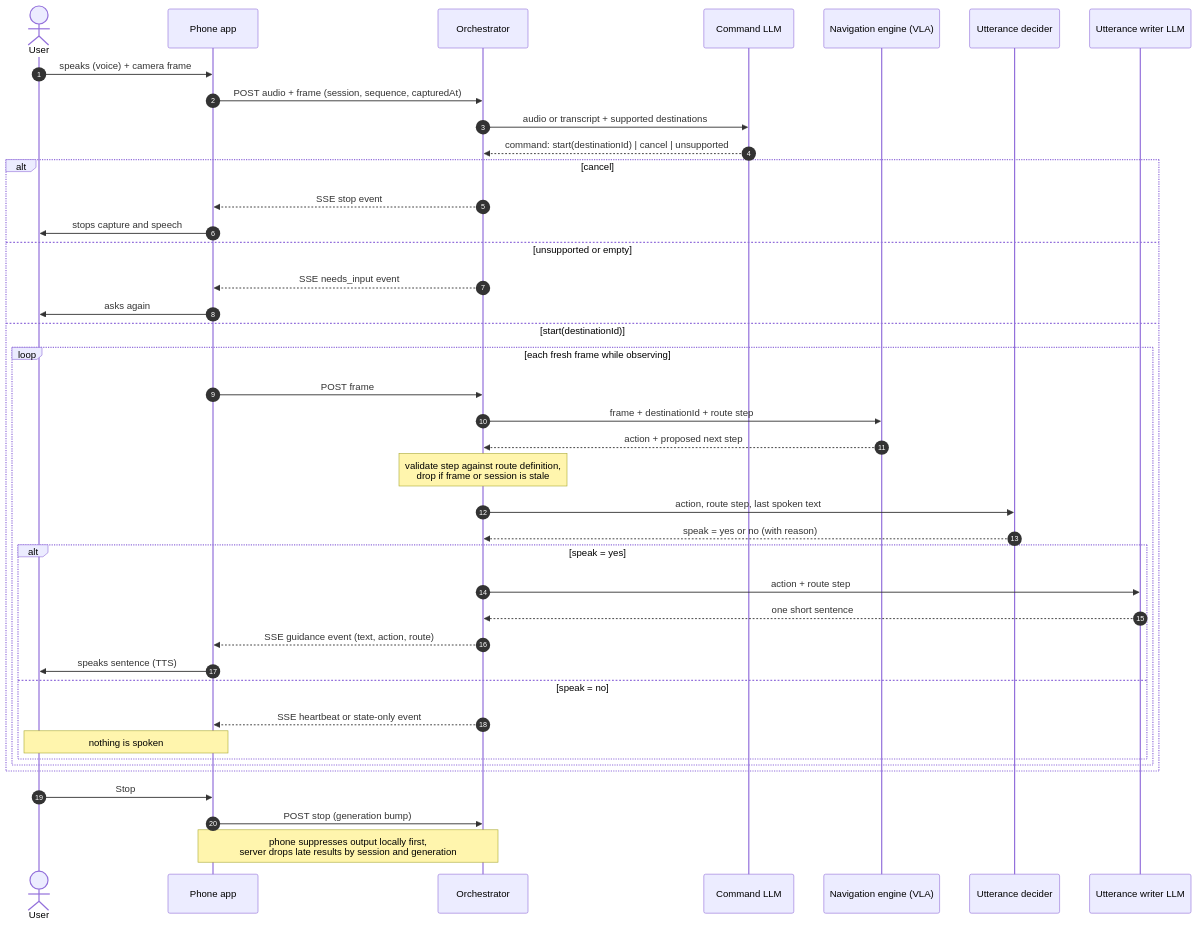
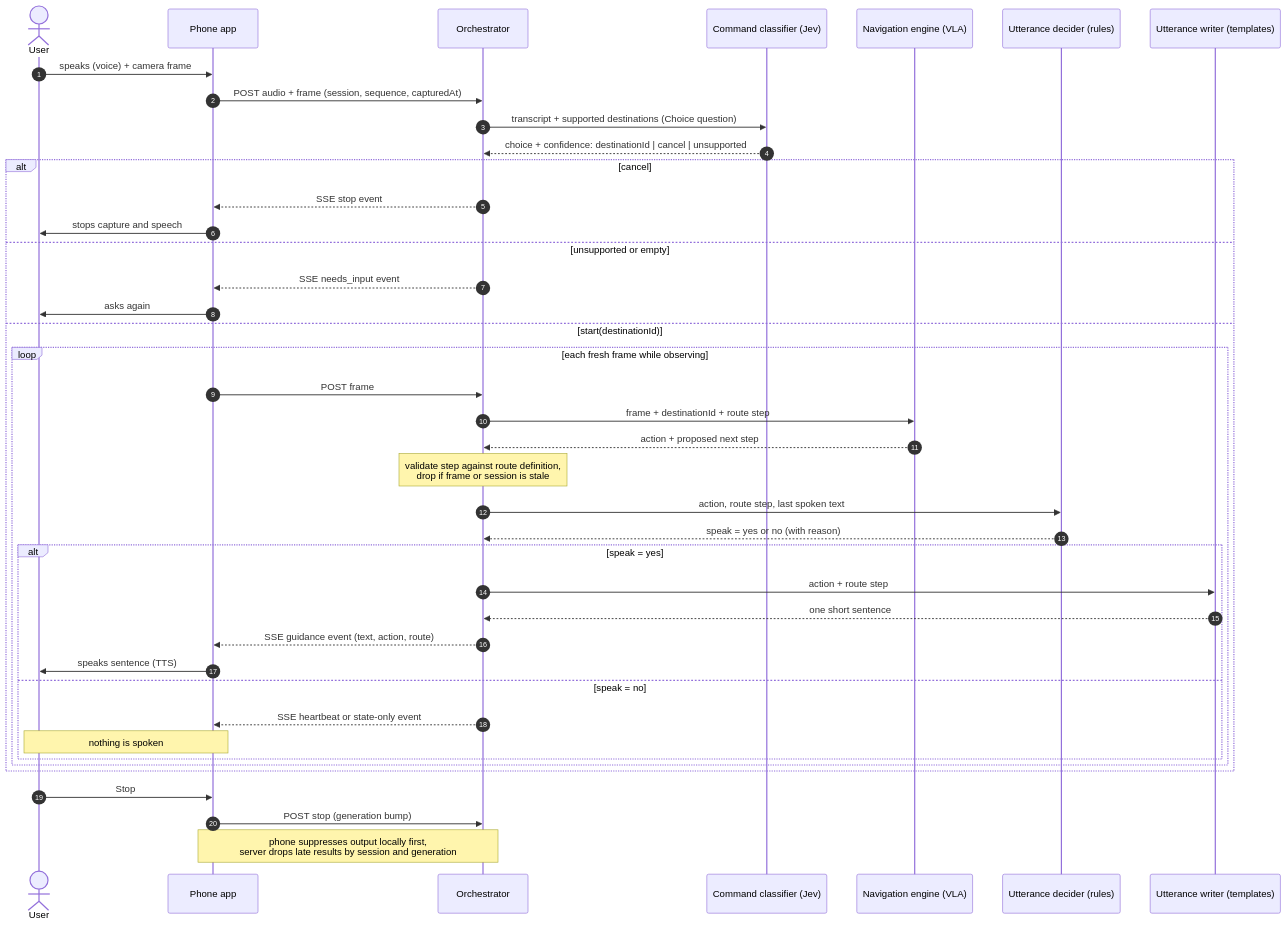
One commit to tungsten-united/project-description changed the third of 3 diagrams in docs/architecture.md. Above: the diagram before and after it, drawn with Mermaid. The commit also changed other lines of this file, not shown here.

Commit message:
Relabel architecture diagrams for Jev, rules and templates

````diff
--- a/docs/architecture.md
+++ b/docs/architecture.md
@@ -62,46 +62,46 @@
 ```mermaid
 sequenceDiagram
   autonumber
   actor U as User
   participant P as Phone app
   participant O as Orchestrator
-  participant C as Command LLM
+  participant C as Command classifier (Jev)
   participant N as Navigation engine (VLA)
-  participant D as Utterance decider
-  participant W as Utterance writer LLM
+  participant D as Utterance decider (rules)
+  participant W as Utterance writer (templates)
 
   U->>P: speaks (voice) + camera frame
   P->>O: POST audio + frame (session, sequence, capturedAt)
-  O->>C: audio or transcript + supported destinations
-  C-->>O: command: start(destinationId) | cancel | unsupported
+  O->>C: transcript + supported destinations (Choice question)
+  C-->>O: choice + confidence: destinationId | cancel | unsupported
 
   alt cancel
     O-->>P: SSE stop event
     P->>U: stops capture and speech
   else unsupported or empty
     O-->>P: SSE needs_input event
     P->>U: asks again
   else start(destinationId)
     loop each fresh frame while observing
       P->>O: POST frame
       O->>N: frame + destinationId + route step
       N-->>O: action + proposed next step
       Note over O: validate step against route definition,<br/>drop if frame or session is stale
       O->>D: action, route step, last spoken text
       D-->>O: speak = yes or no (with reason)
       alt speak = yes
         O->>W: action + route step
         W-->>O: one short sentence
         O-->>P: SSE guidance event (text, action, route)
         P->>U: speaks sentence (TTS)
       else speak = no
         O-->>P: SSE heartbeat or state-only event
         Note over P,U: nothing is spoken
       end
     end
   end
 
   U->>P: Stop
   P->>O: POST stop (generation bump)
   Note over P,O: phone suppresses output locally first,<br/>server drops late results by session and generation
 ```
````
